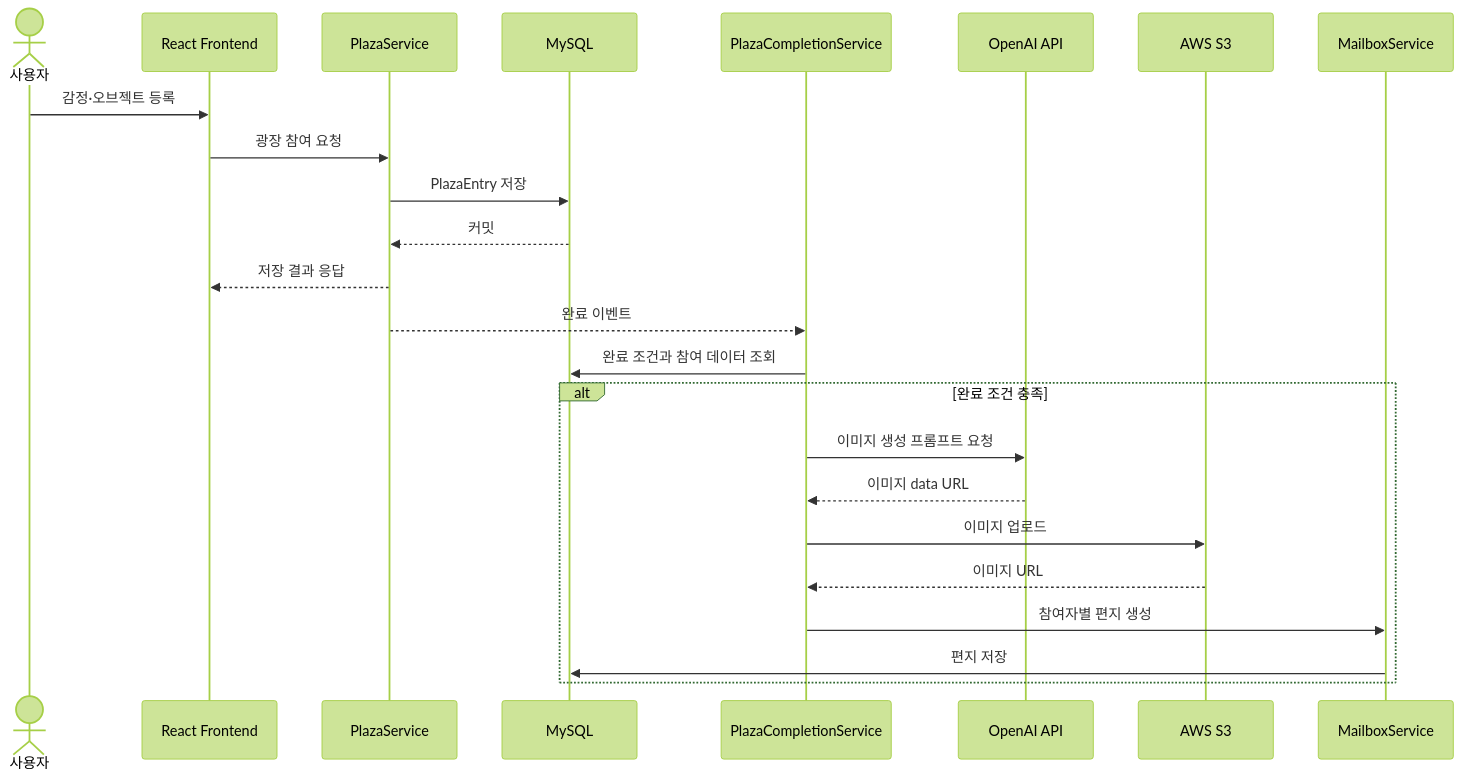
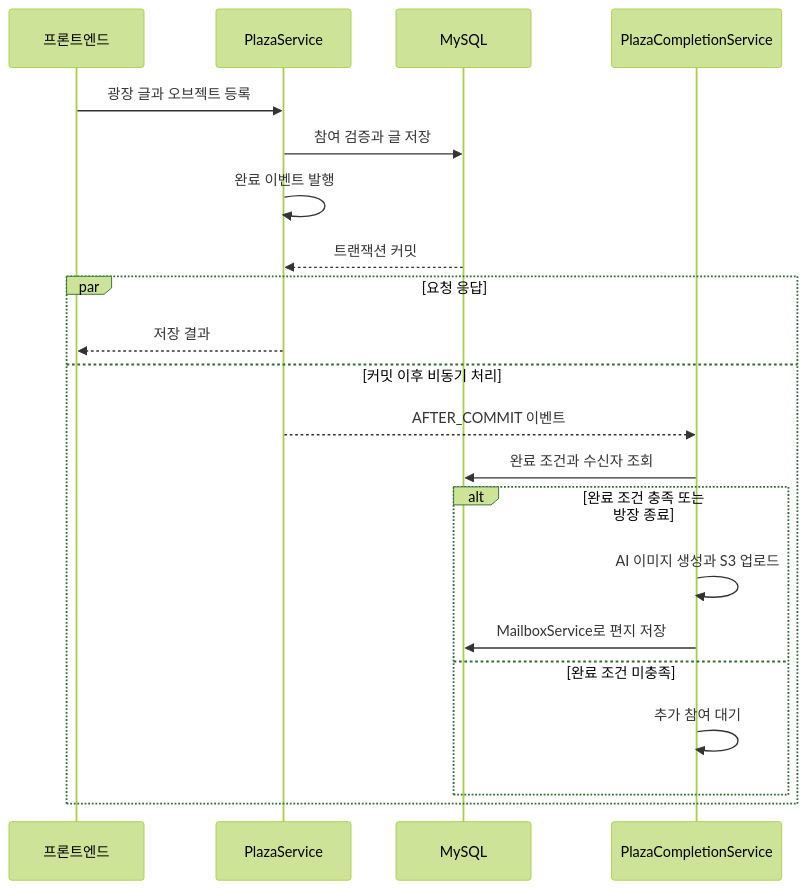
One commit to junyeong2107/weather-of-the-heart-portfolio changed the fourth of 5 diagrams in README.md. Above: the diagram before and after it, drawn with Mermaid (forest theme). The commit also changed other lines of this file and 5 other files, not shown here.

````diff
--- a/README.md
+++ b/README.md
@@ -282,27 +269,23 @@
 ```mermaid
 sequenceDiagram
-    actor User as 사용자
-    participant FE as React Frontend
+    participant FE as 프론트엔드
     participant PS as PlazaService
     participant DB as MySQL
     participant PCS as PlazaCompletionService
-    participant AI as OpenAI API
-    participant S3 as AWS S3
-    participant MB as MailboxService
-
-    User->>FE: 감정·오브젝트 등록
-    FE->>PS: 광장 참여 요청
-    PS->>DB: PlazaEntry 저장
-    DB-->>PS: 커밋
-    PS-->>FE: 저장 결과 응답
-    PS-->>PCS: 완료 이벤트
-    PCS->>DB: 완료 조건과 참여 데이터 조회
-    alt 완료 조건 충족
-        PCS->>AI: 이미지 생성 프롬프트 요청
-        AI-->>PCS: 이미지 data URL
-        PCS->>S3: 이미지 업로드
-        S3-->>PCS: 이미지 URL
-        PCS->>MB: 참여자별 편지 생성
-        MB->>DB: 편지 저장
+    FE->>PS: 광장 글과 오브젝트 등록
+    PS->>DB: 참여 검증과 글 저장
+    PS->>PS: 완료 이벤트 발행
+    DB-->>PS: 트랜잭션 커밋
+    par 요청 응답
+        PS-->>FE: 저장 결과
+    and 커밋 이후 비동기 처리
+        PS-->>PCS: AFTER_COMMIT 이벤트
+        PCS->>DB: 완료 조건과 수신자 조회
+        alt 완료 조건 충족 또는 방장 종료
+            PCS->>PCS: AI 이미지 생성과 S3 업로드
+            PCS->>DB: MailboxService로 편지 저장
+        else 완료 조건 미충족
+            PCS->>PCS: 추가 참여 대기
+        end
     end
 ```
````
